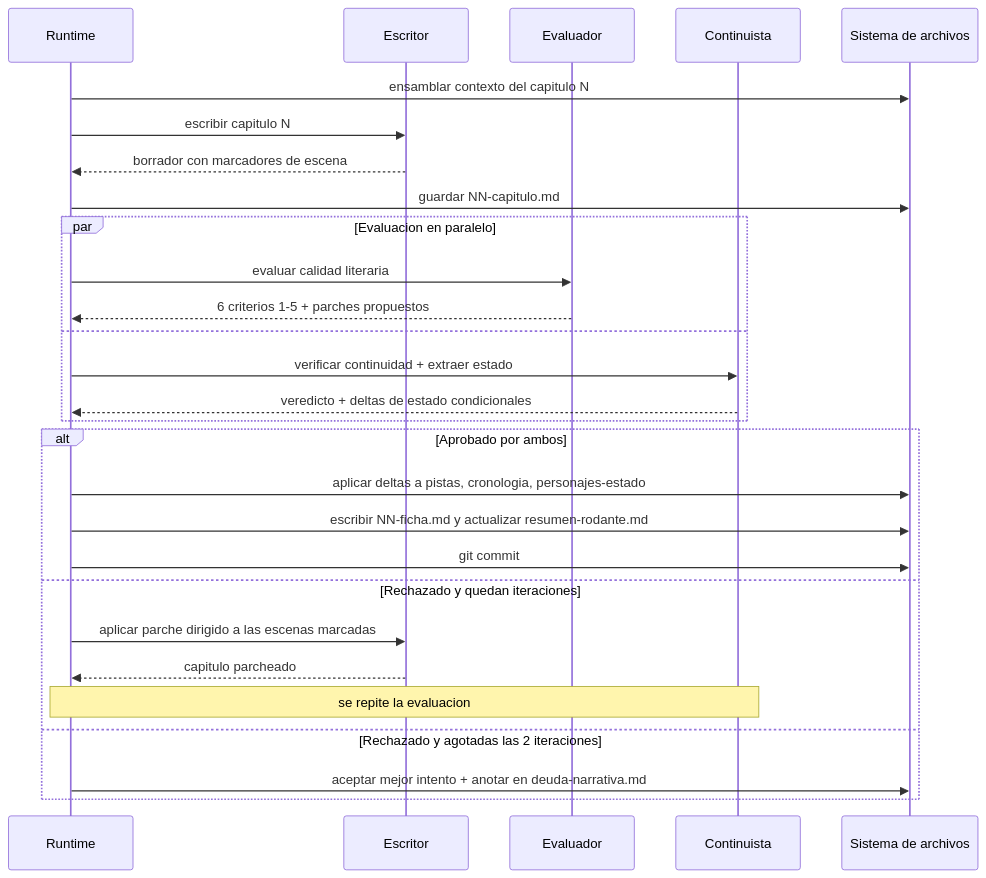
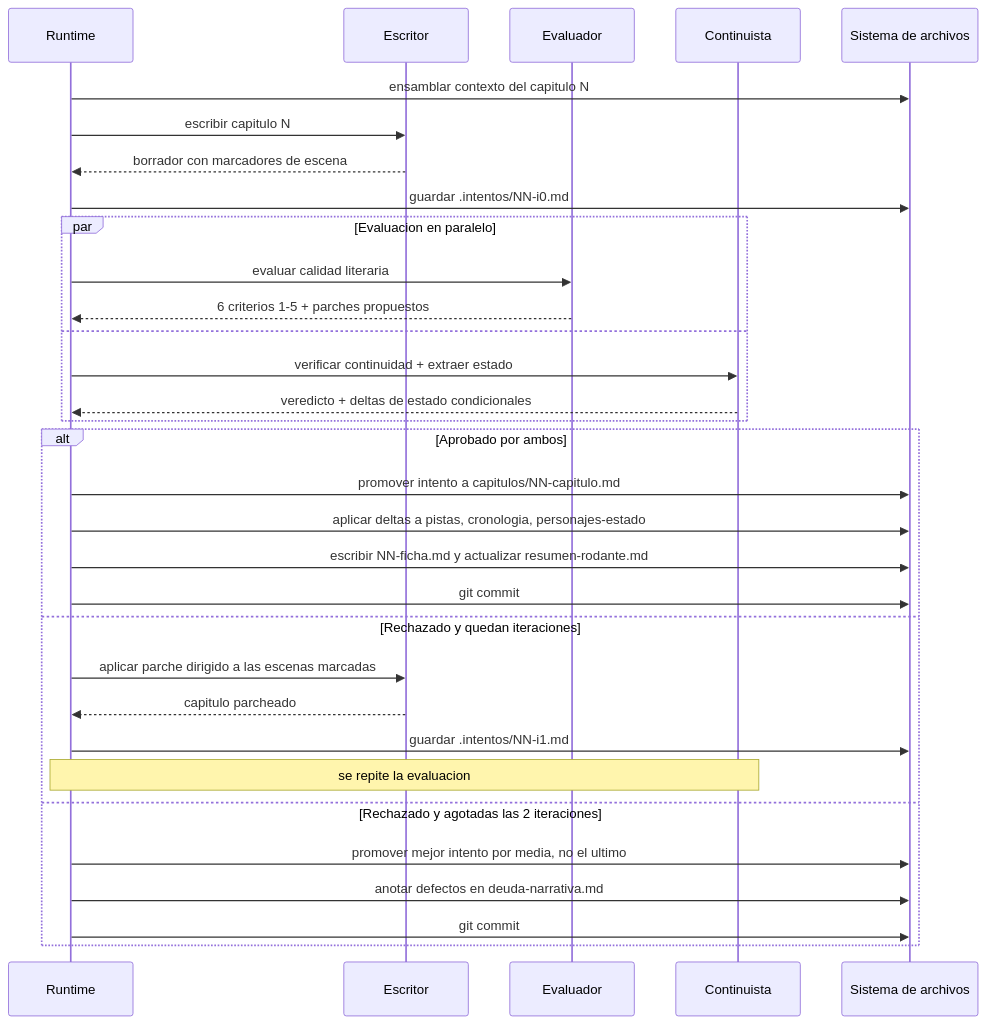
The second of 5 diagrams in docs/harness-novela-suspense.md (4rtuz/story-maker), drawn with Mermaid before and after one commit. The commit also changed other lines of this file and 2 other files, not shown here.

````diff
--- a/docs/harness-novela-suspense.md
+++ b/docs/harness-novela-suspense.md
@@ -156,31 +163,35 @@
 ```mermaid
 sequenceDiagram
     participant R as Runtime
     participant E as Escritor
     participant V as Evaluador
     participant C as Continuista
     participant F as Sistema de archivos
 
     R->>F: ensamblar contexto del capitulo N
     R->>E: escribir capitulo N
     E-->>R: borrador con marcadores de escena
-    R->>F: guardar NN-capitulo.md
+    R->>F: guardar .intentos/NN-i0.md
     par Evaluacion en paralelo
         R->>V: evaluar calidad literaria
         V-->>R: 6 criterios 1-5 + parches propuestos
     and
         R->>C: verificar continuidad + extraer estado
         C-->>R: veredicto + deltas de estado condicionales
     end
     alt Aprobado por ambos
+        R->>F: promover intento a capitulos/NN-capitulo.md
         R->>F: aplicar deltas a pistas, cronologia, personajes-estado
         R->>F: escribir NN-ficha.md y actualizar resumen-rodante.md
         R->>F: git commit
     else Rechazado y quedan iteraciones
         R->>E: aplicar parche dirigido a las escenas marcadas
         E-->>R: capitulo parcheado
+        R->>F: guardar .intentos/NN-i1.md
         Note over R,C: se repite la evaluacion
     else Rechazado y agotadas las 2 iteraciones
-        R->>F: aceptar mejor intento + anotar en deuda-narrativa.md
+        R->>F: promover mejor intento por media, no el ultimo
+        R->>F: anotar defectos en deuda-narrativa.md
+        R->>F: git commit
     end
 ```
````
